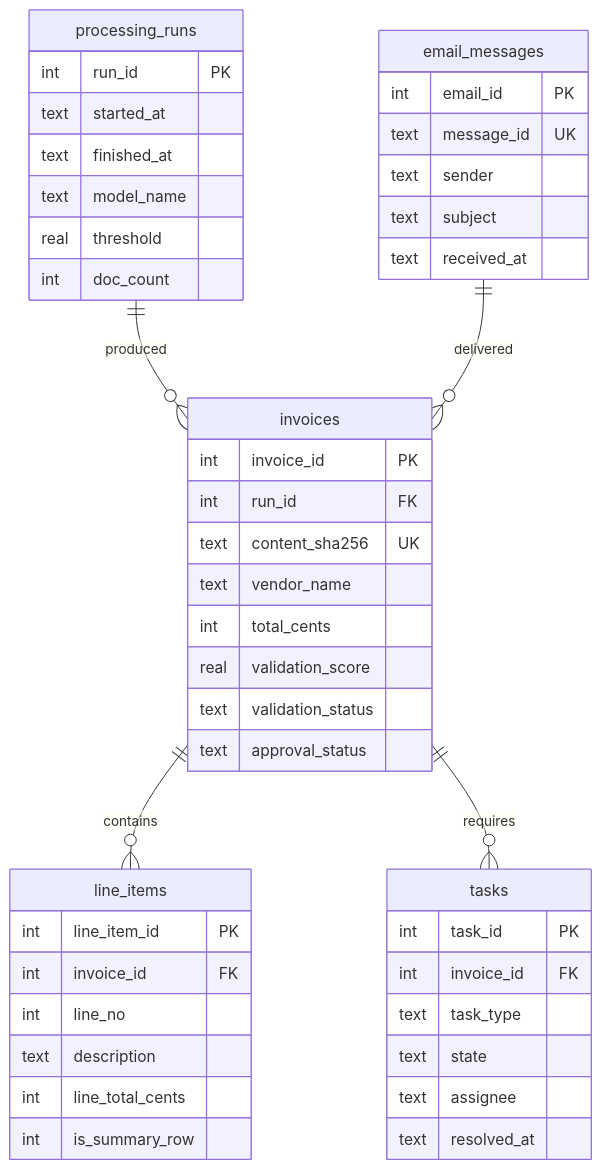
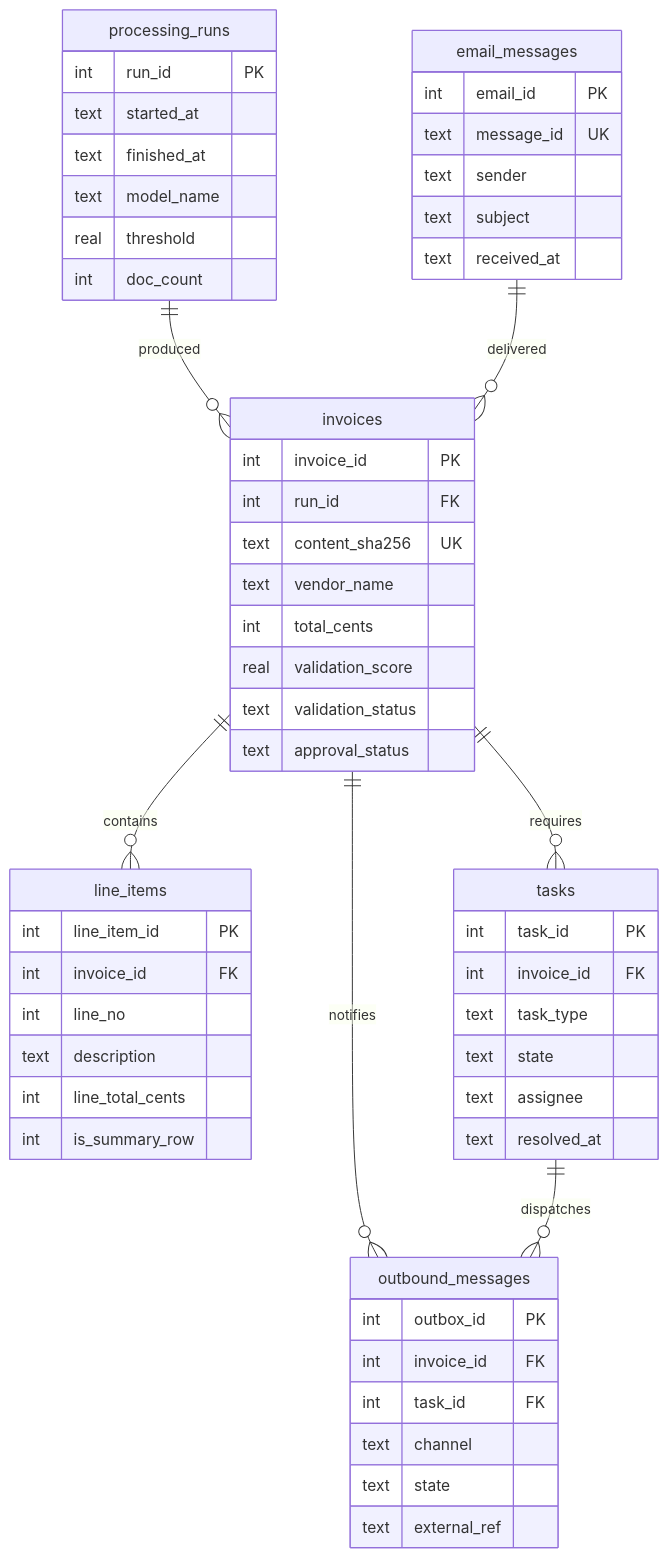
Before and after one commit to LALAJJ0302/invoice-local-llm-demo: the diagram in database-spec.md, drawn with Mermaid. The commit also changed other lines of this file and 4 other files, not shown here.

First line of the commit message:
Bring every document up to date with schema 7

````diff
--- a/database-spec.md
+++ b/database-spec.md
@@ -36,50 +36,60 @@
 ```mermaid
 erDiagram
     processing_runs ||--o{ invoices : "produced"
     email_messages  ||--o{ invoices : "delivered"
     invoices ||--o{ line_items : "contains"
     invoices ||--o{ tasks : "requires"
+    invoices ||--o{ outbound_messages : "notifies"
+    tasks    ||--o{ outbound_messages : "dispatches"
 
     email_messages {
         int  email_id PK
         text message_id UK
         text sender
         text subject
         text received_at
     }
 
     processing_runs {
         int  run_id PK
         text started_at
         text finished_at
         text model_name
         real threshold
         int  doc_count
     }
     invoices {
         int  invoice_id PK
         int  run_id FK
         text content_sha256 UK
         text vendor_name
         int  total_cents
         real validation_score
         text validation_status
         text approval_status
     }
     line_items {
         int  line_item_id PK
         int  invoice_id FK
         int  line_no
         text description
         int  line_total_cents
         int  is_summary_row
     }
     tasks {
         int  task_id PK
         int  invoice_id FK
         text task_type
         text state
         text assignee
         text resolved_at
     }
+    outbound_messages {
+        int  outbox_id PK
+        int  invoice_id FK
+        int  task_id FK
+        text channel
+        text state
+        text external_ref
+    }
 ```
````
